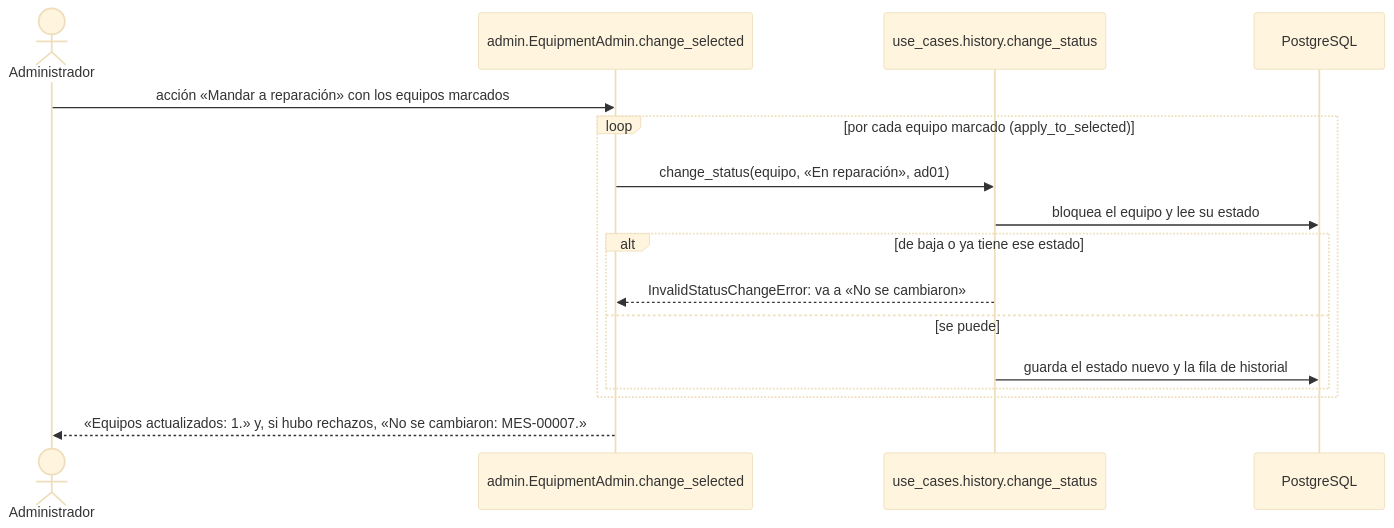
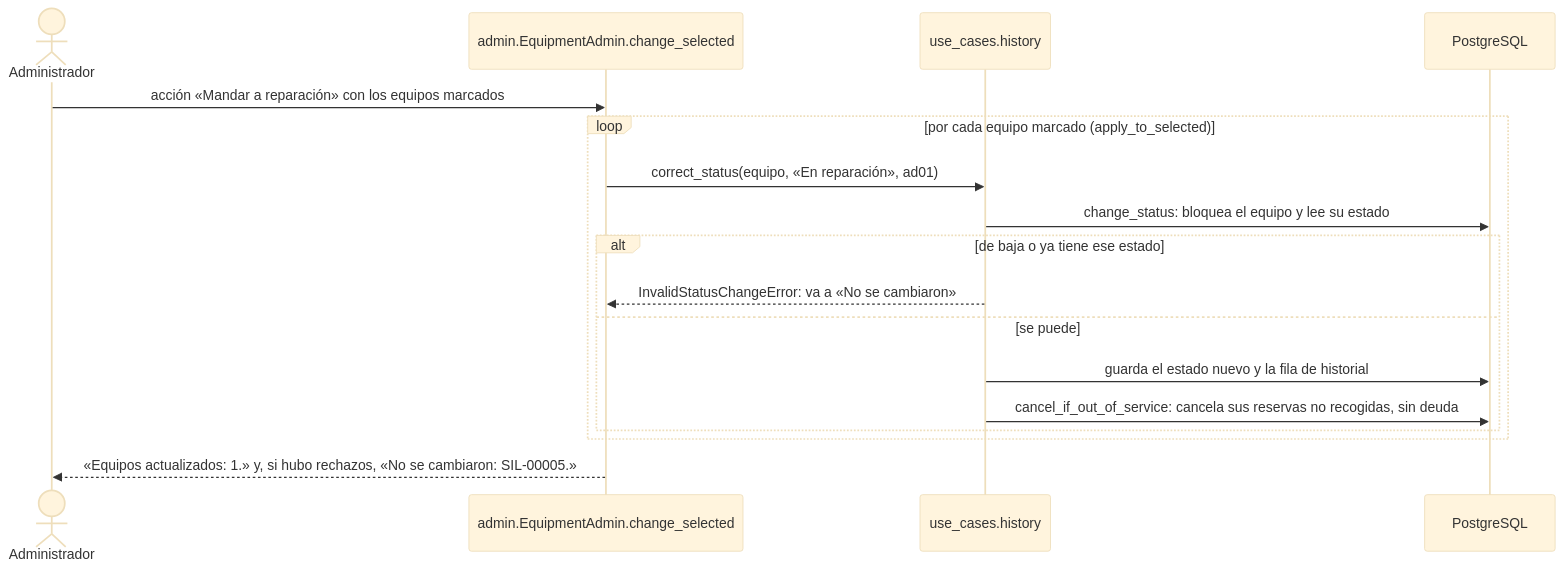
Diagram 14 of 20 in docs/casos-de-uso.md (peterteranb/astra-rent-system), drawn with Mermaid (base theme) before and after one commit. The commit also changed other lines of this file and 6 other files, not shown here.

````diff
--- a/docs/casos-de-uso.md
+++ b/docs/casos-de-uso.md
@@ -674,18 +690,19 @@
 ```mermaid
 sequenceDiagram
     actor A as Administrador
     participant V as admin.EquipmentAdmin.change_selected
-    participant U as use_cases.history.change_status
+    participant U as use_cases.history
     participant BD as PostgreSQL
     A->>V: acción «Mandar a reparación» con los equipos marcados
     loop por cada equipo marcado (apply_to_selected)
-        V->>U: change_status(equipo, «En reparación», ad01)
-        U->>BD: bloquea el equipo y lee su estado
+        V->>U: correct_status(equipo, «En reparación», ad01)
+        U->>BD: change_status: bloquea el equipo y lee su estado
         alt de baja o ya tiene ese estado
             U-->>V: InvalidStatusChangeError: va a «No se cambiaron»
         else se puede
             U->>BD: guarda el estado nuevo y la fila de historial
+            U->>BD: cancel_if_out_of_service: cancela sus reservas no recogidas, sin deuda
         end
     end
-    V-->>A: «Equipos actualizados: 1.» y, si hubo rechazos, «No se cambiaron: MES-00007.»
+    V-->>A: «Equipos actualizados: 1.» y, si hubo rechazos, «No se cambiaron: SIL-00005.»
 ```
````
